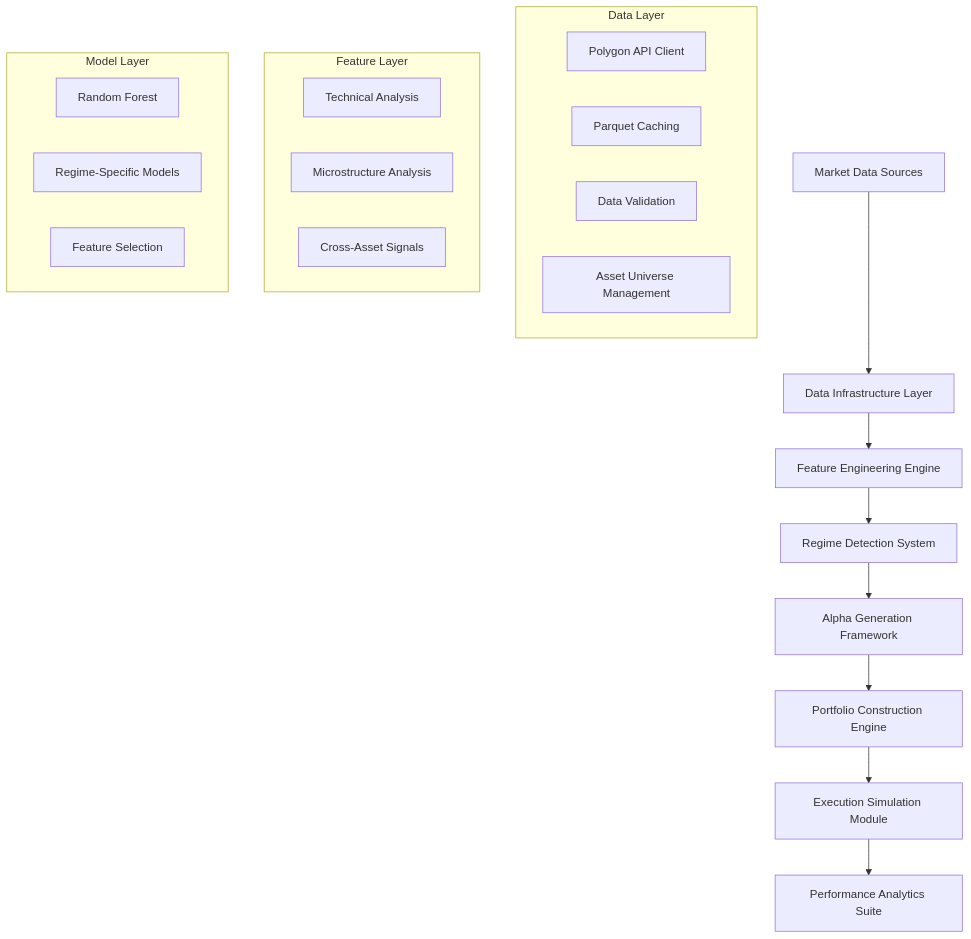
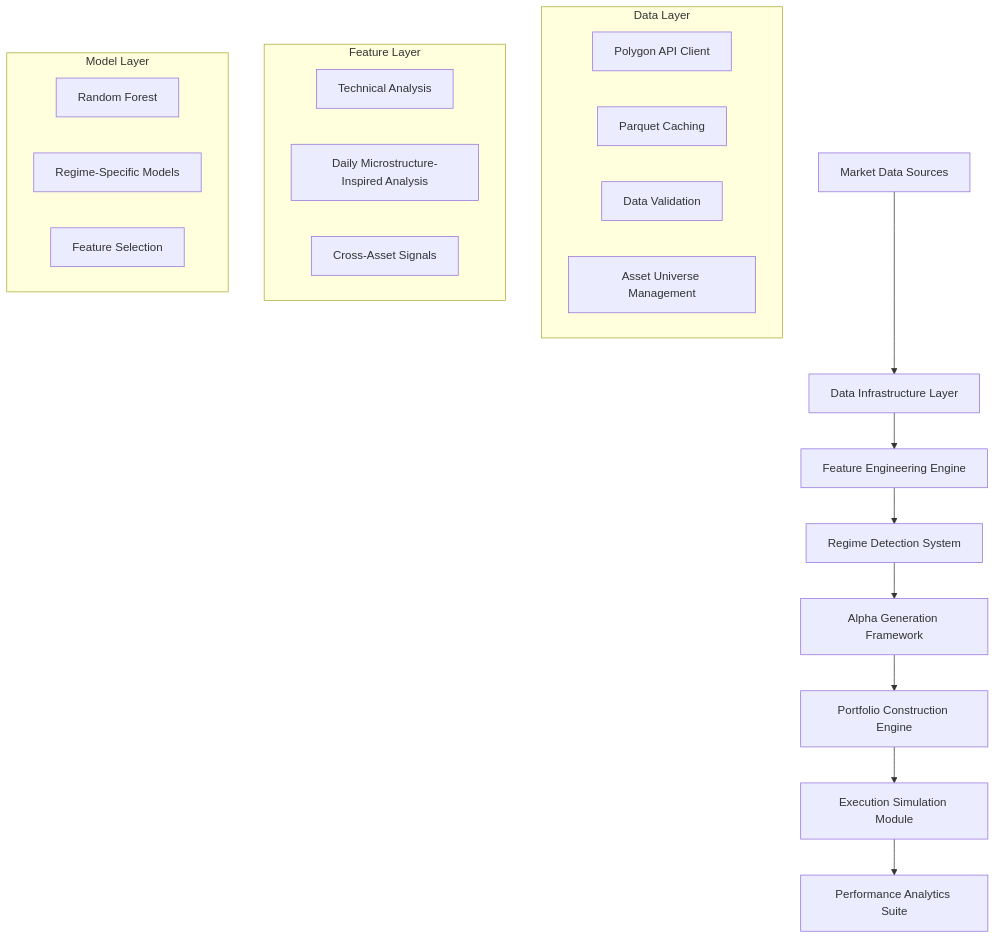
Before and after one commit to mahadkhanleghari/quant_trading_notebooks: the diagram in docs/cross_asset_alpha_engine/system_architecture.md, drawn with Mermaid. The commit also changed other lines of this file and 22 other files, not shown here.

````diff
--- a/docs/cross_asset_alpha_engine/system_architecture.md
+++ b/docs/cross_asset_alpha_engine/system_architecture.md
@@ -9,29 +11,29 @@
 ```mermaid
 graph TB
     A[Market Data Sources] --> B[Data Infrastructure Layer]
     B --> C[Feature Engineering Engine]
     C --> D[Regime Detection System]
     D --> E[Alpha Generation Framework]
     E --> F[Portfolio Construction Engine]
     F --> G[Execution Simulation Module]
     G --> H[Performance Analytics Suite]
     
     subgraph "Data Layer"
         B1[Polygon API Client]
         B2[Parquet Caching]
         B3[Data Validation]
         B4[Asset Universe Management]
     end
     
     subgraph "Feature Layer"
         C1[Technical Analysis]
-        C2[Microstructure Analysis]
+        C2[Daily Microstructure-Inspired Analysis]
         C3[Cross-Asset Signals]
     end
     
     subgraph "Model Layer"
         E1[Random Forest]
         E2[Regime-Specific Models]
         E3[Feature Selection]
     end
 ```
````
